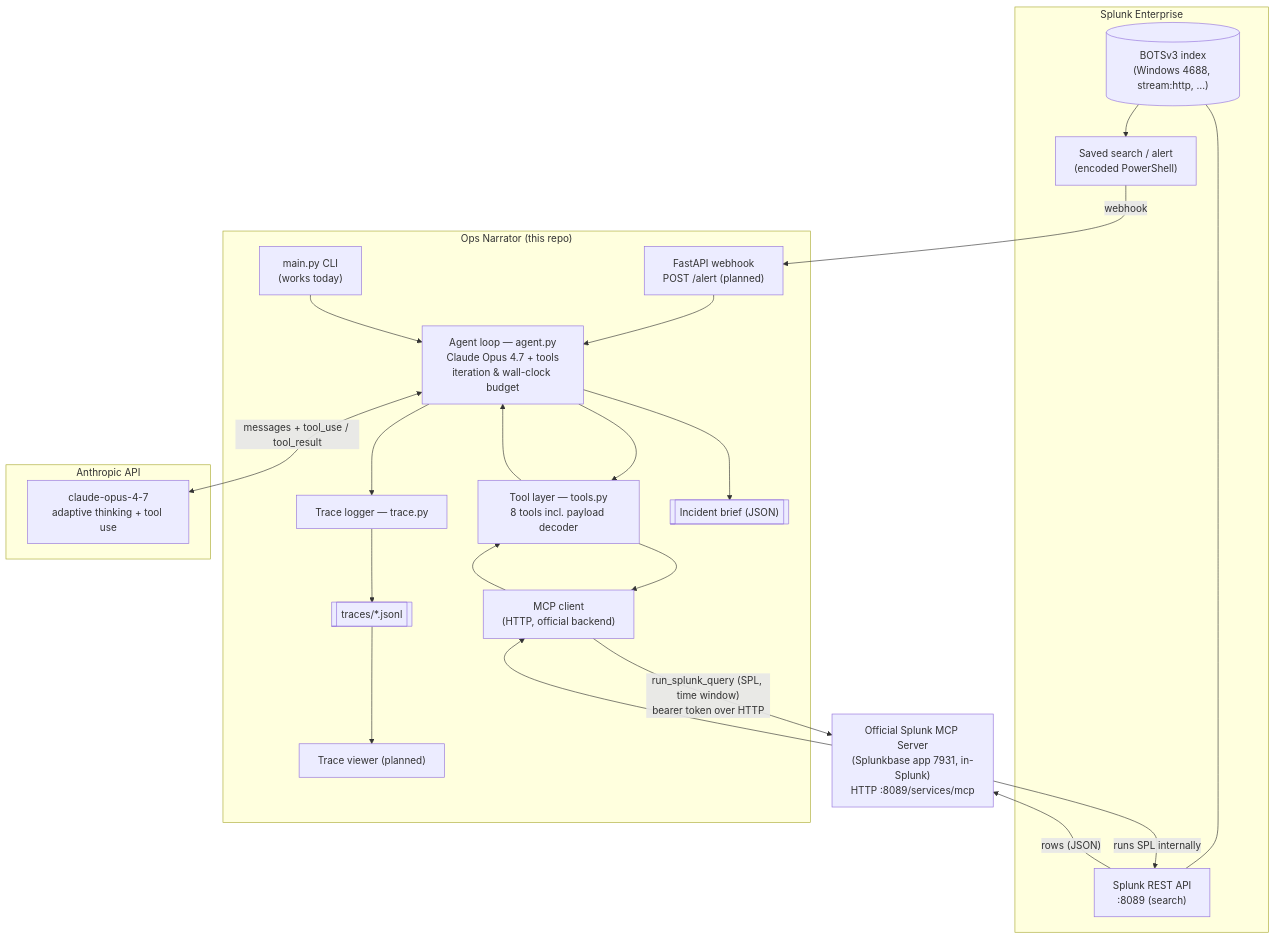
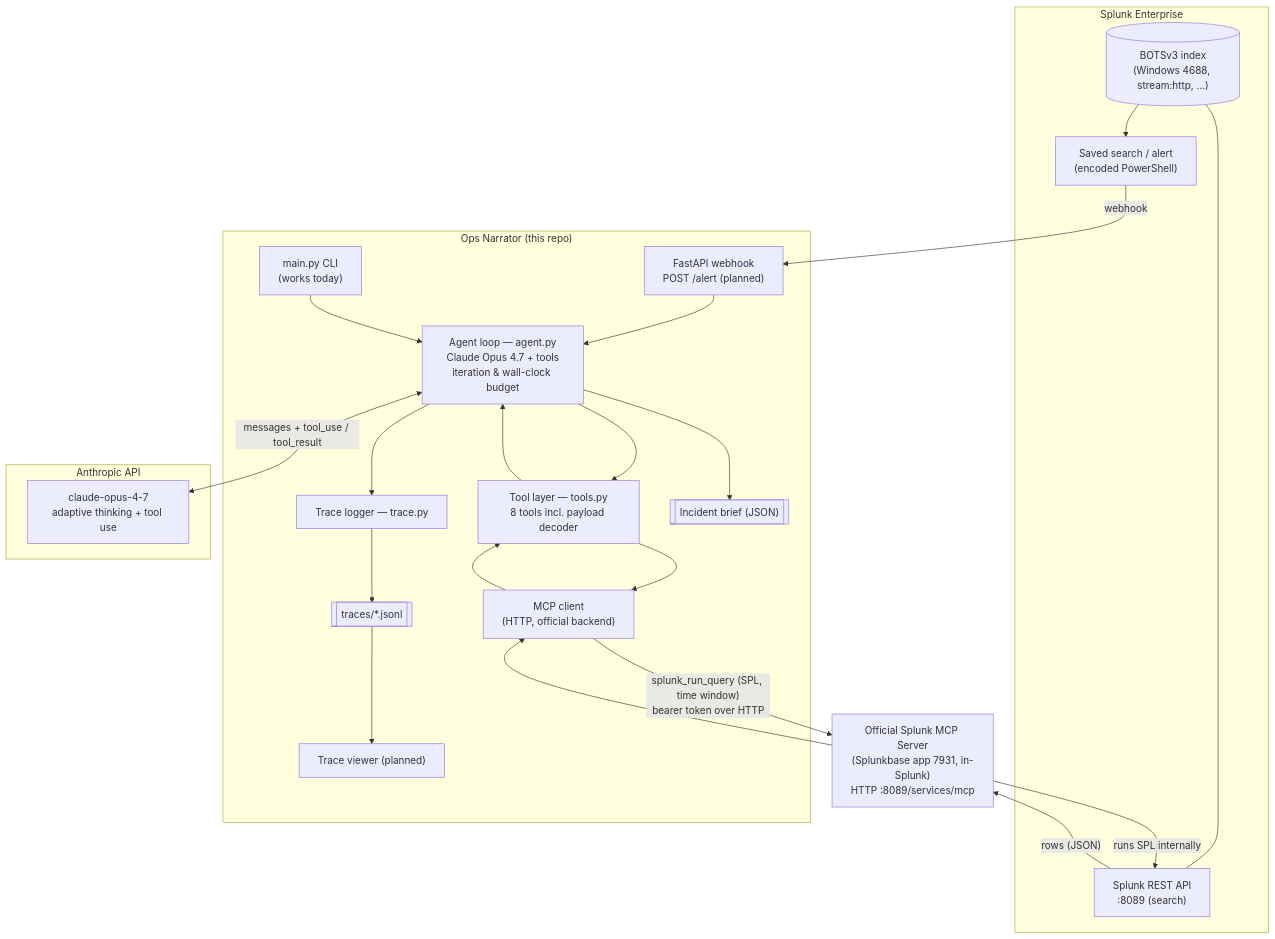
One commit to arezzio/ops-narrator changed the first of 2 diagrams in architecture_diagram.md. Above: the diagram before and after it, drawn with Mermaid. The commit also changed other lines of this file and 6 other files, not shown here.

First line of the commit message:
Wire up + validate the official Splunk MCP Server (8/8 live tool tests pass)

````diff
--- a/architecture_diagram.md
+++ b/architecture_diagram.md
@@ -10,40 +10,40 @@
 ```mermaid
 flowchart TD
     subgraph SPL["Splunk Enterprise"]
         IDX[("BOTSv3 index<br/>(Windows 4688, stream:http, …)")]
         SS["Saved search / alert<br/>(encoded PowerShell)"]
         REST["Splunk REST API<br/>:8089 (search)"]
         IDX --> SS
         IDX --- REST
     end
 
     subgraph APP["Ops Narrator (this repo)"]
         WH["FastAPI webhook<br/>POST /alert  (planned)"]
         CLI["main.py CLI<br/>(works today)"]
         LOOP["Agent loop — agent.py<br/>Claude Opus 4.7 + tools<br/>iteration & wall-clock budget"]
         TOOLS["Tool layer — tools.py<br/>8 tools incl. payload decoder"]
         MCPC["MCP client<br/>(HTTP, official backend)"]
         TRACE["Trace logger — trace.py"]
         BRIEF[["Incident brief (JSON)"]]
         TJ[["traces/*.jsonl"]]
         VIEW["Trace viewer (planned)"]
     end
 
     subgraph AI["Anthropic API"]
         CLAUDE["claude-opus-4-7<br/>adaptive thinking + tool use"]
     end
 
     MCP["Official Splunk MCP Server<br/>(Splunkbase app 7931, in-Splunk)<br/>HTTP :8089/services/mcp"]
 
     SS -- webhook --> WH
     WH --> LOOP
     CLI --> LOOP
     LOOP <-- "messages + tool_use / tool_result" --> CLAUDE
     LOOP --> TOOLS
     TOOLS --> MCPC
-    MCPC -- "run_splunk_query (SPL, time window)<br/>bearer token over HTTP" --> MCP
+    MCPC -- "splunk_run_query (SPL, time window)<br/>bearer token over HTTP" --> MCP
     MCP -- "runs SPL internally" --> REST
     REST -- "rows (JSON)" --> MCP --> MCPC --> TOOLS --> LOOP
     LOOP --> BRIEF
     LOOP --> TRACE --> TJ --> VIEW
 ```
````
